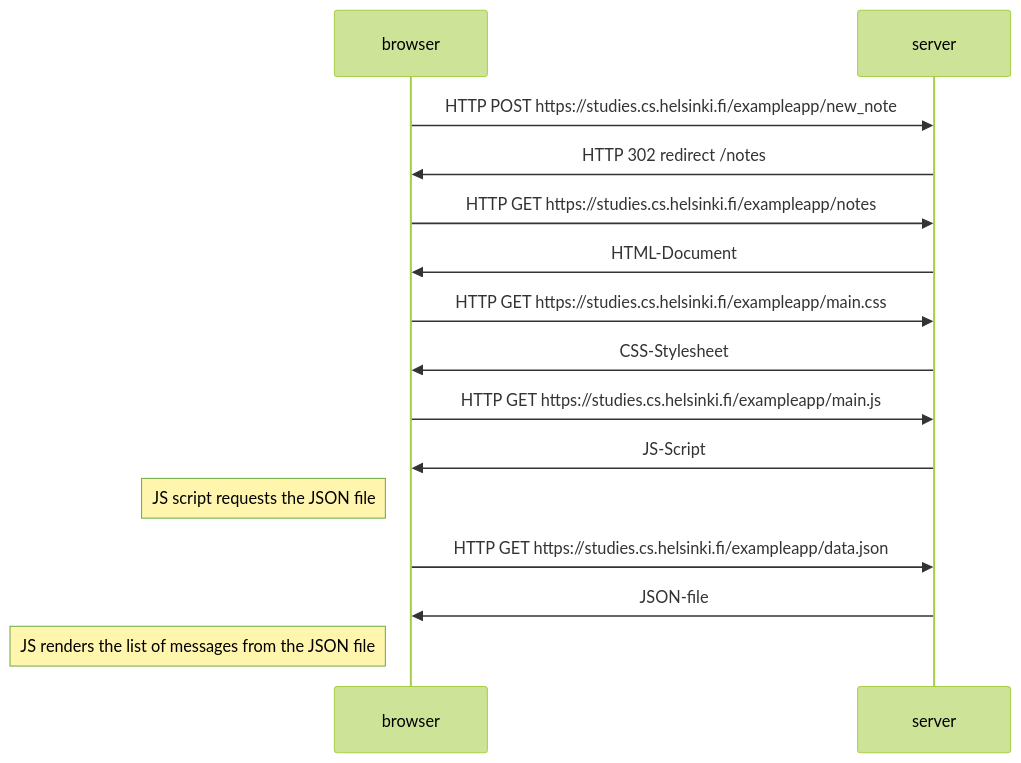
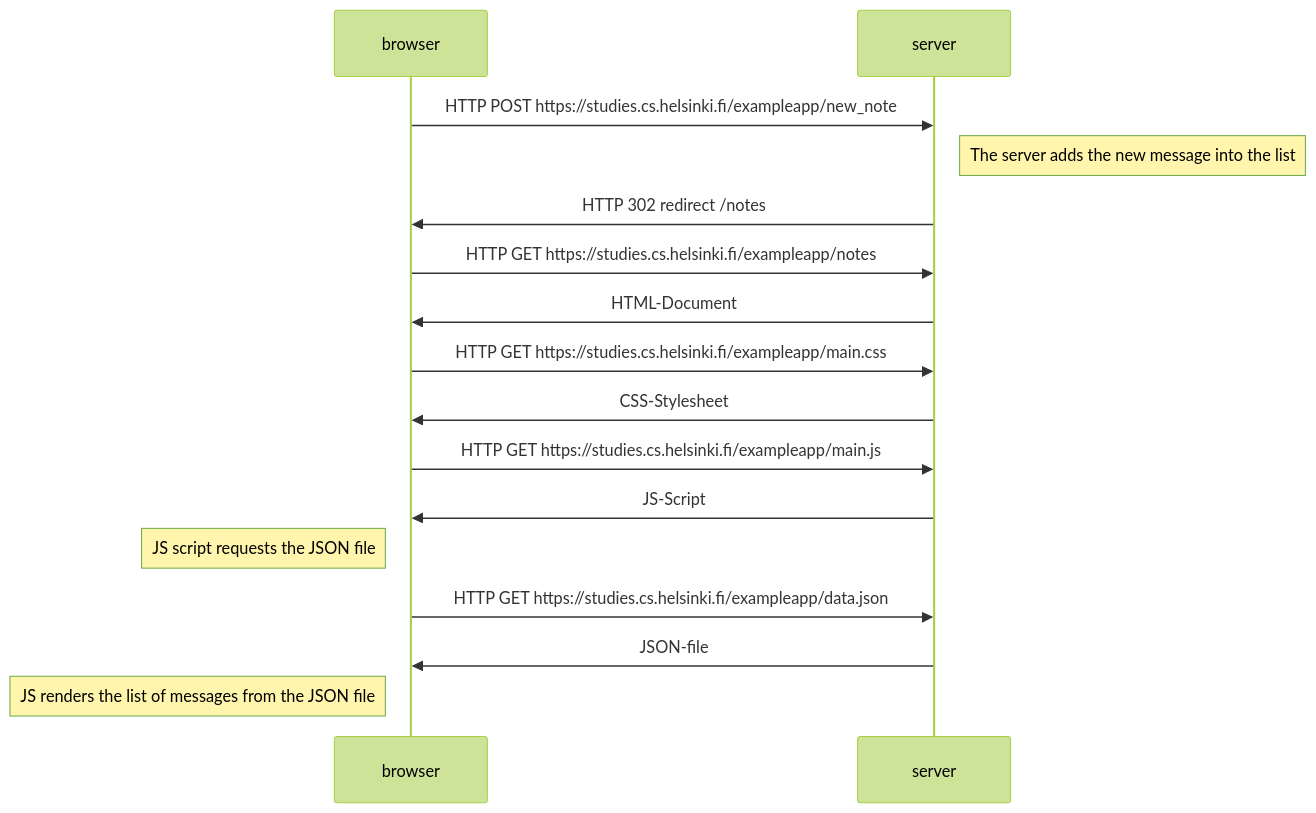
Before and after one commit to jvslash/fullstackopen: the diagram in ex4.md, drawn with Mermaid (forest theme).

````diff
--- a/ex4.md
+++ b/ex4.md
@@ -1,15 +1,16 @@
 ```mermaid
 sequenceDiagram
 browser->>server: HTTP POST https://studies.cs.helsinki.fi/exampleapp/new_note
+Note right of server: The server adds the new message into the list
 server->>browser: HTTP 302 redirect /notes
 browser->>server: HTTP GET https://studies.cs.helsinki.fi/exampleapp/notes
 server->>browser: HTML-Document
 browser->>server: HTTP GET https://studies.cs.helsinki.fi/exampleapp/main.css
 server->>browser: CSS-Stylesheet
 browser->>server: HTTP GET https://studies.cs.helsinki.fi/exampleapp/main.js
 server->>browser: JS-Script
 Note left of browser: JS script requests the JSON file
 browser->>server: HTTP GET https://studies.cs.helsinki.fi/exampleapp/data.json
 server->>browser: JSON-file
 Note left of browser: JS renders the list of messages from the JSON file
 ```
````
